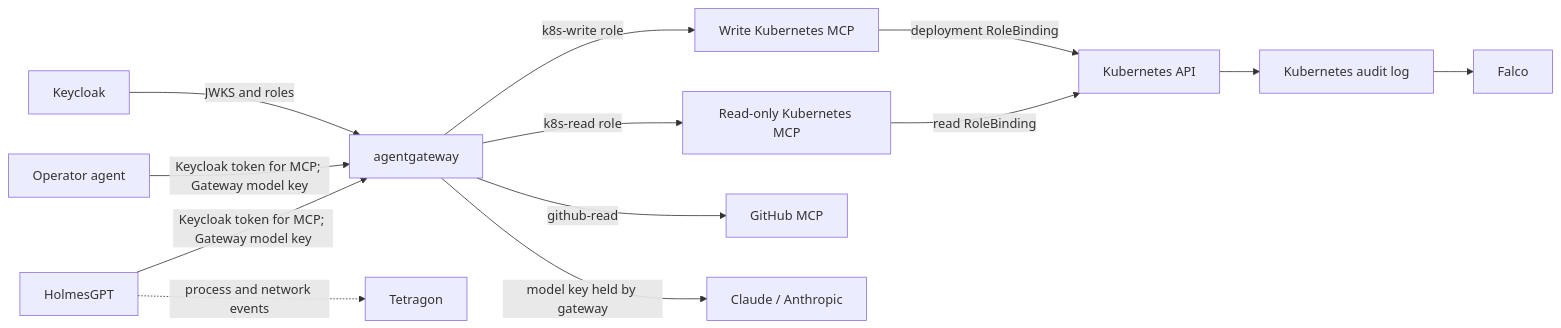
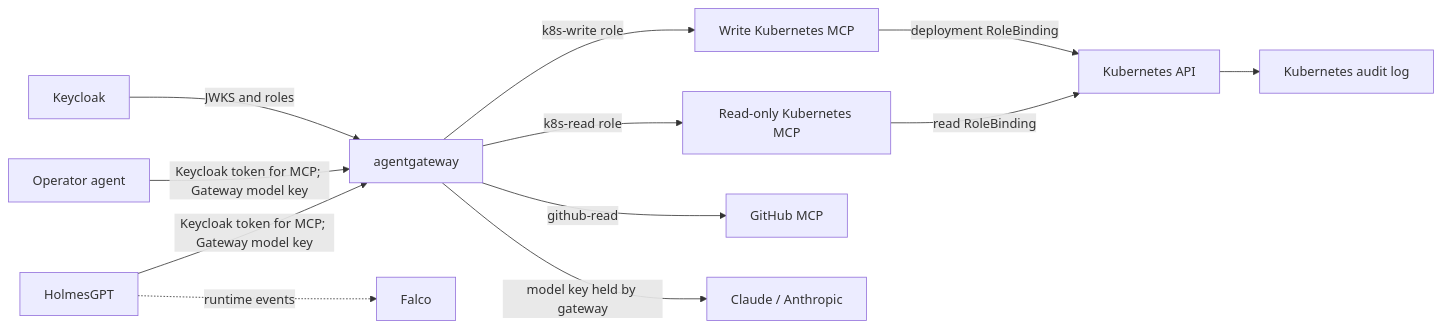
One commit to fsclyde/kubernetes-sre-security-lab changed the diagram in README.md. Above: the diagram before and after it, drawn with Mermaid. The commit also changed other lines of this file, not shown here.

Commit message:
Remove Tetragon and clarify activity monitoring

````diff
--- a/README.md
+++ b/README.md
@@ -24,15 +24,14 @@
 ```mermaid
 flowchart LR
     H[HolmesGPT] -->|Keycloak token for MCP; Gateway model key| G[agentgateway]
     O[Operator agent] -->|Keycloak token for MCP; Gateway model key| G
     K[Keycloak] -->|JWKS and roles| G
     G -->|k8s-read role| R[Read-only Kubernetes MCP]
     G -->|k8s-write role| W[Write Kubernetes MCP]
     G -->|github-read| GH[GitHub MCP]
     G -->|model key held by gateway| L[Claude / Anthropic]
     R -->|read RoleBinding| API[Kubernetes API]
     W -->|deployment RoleBinding| API
     API --> AUD[Kubernetes audit log]
-    AUD --> F[Falco]
-    H -. process and network events .-> T[Tetragon]
+    H -. runtime events .-> F[Falco]
 ```
````
